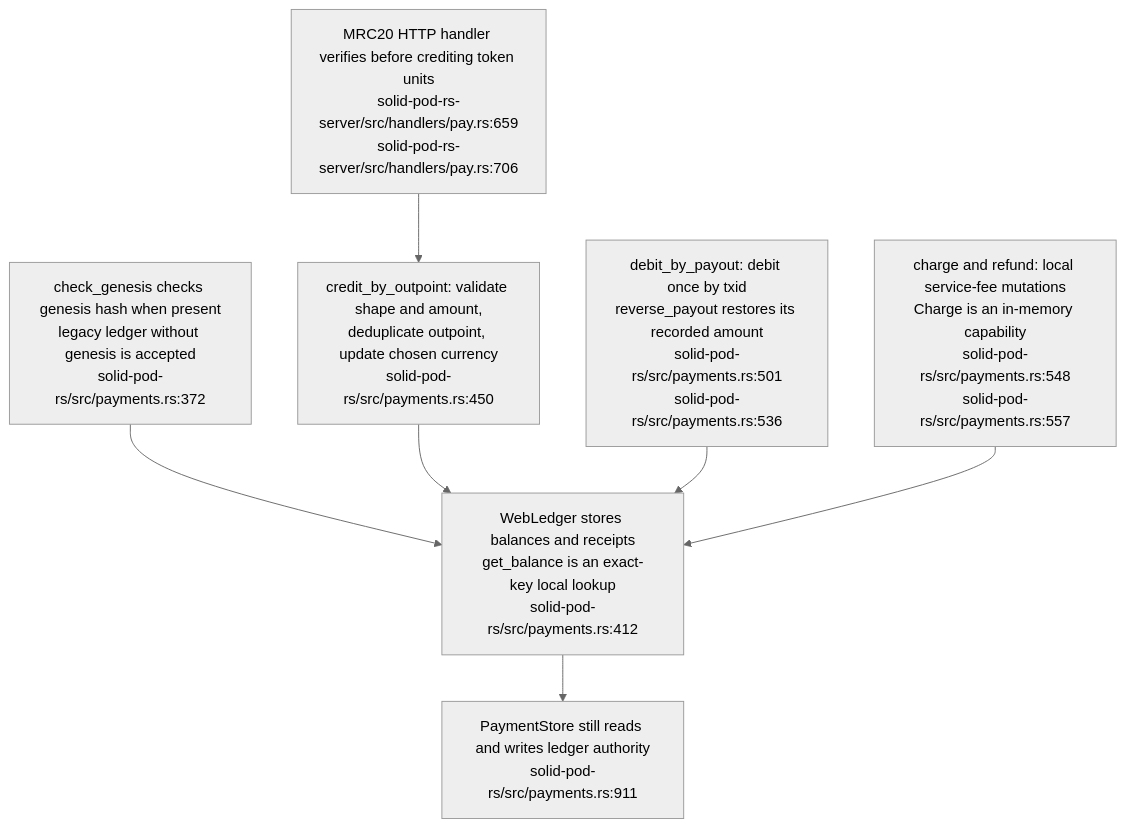
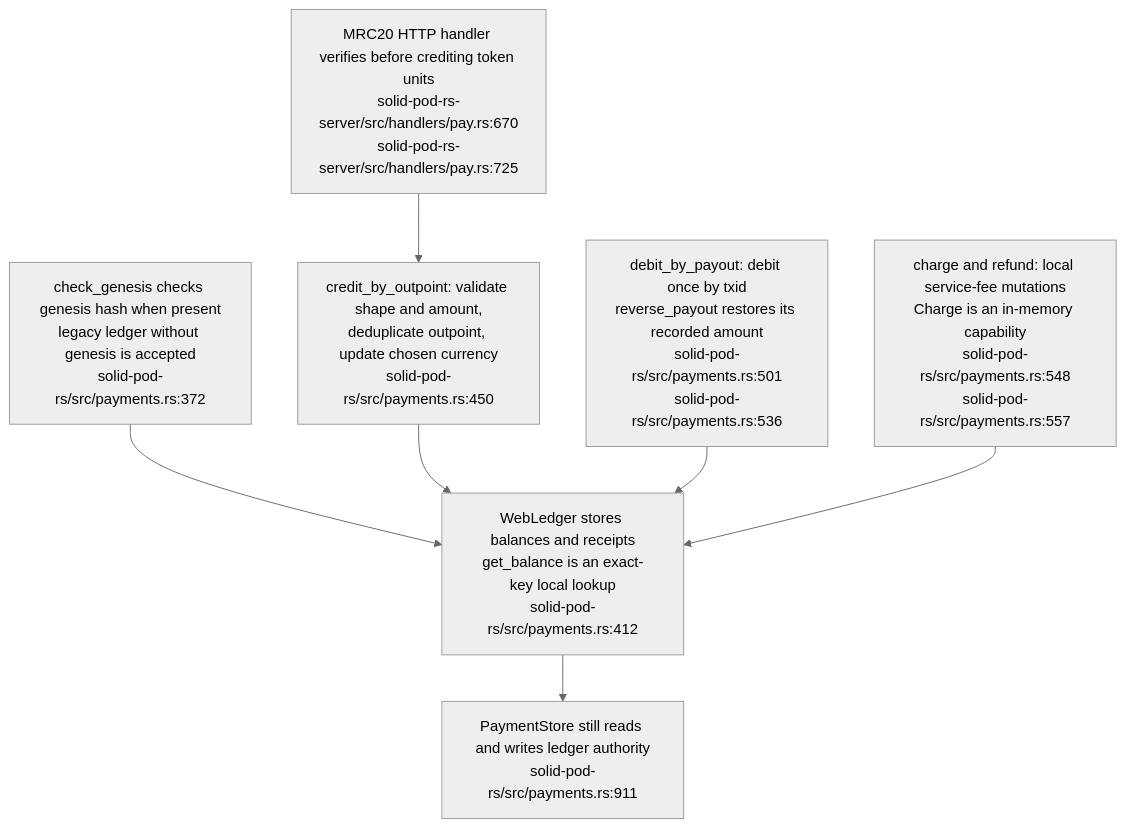
Before and after one commit to DreamLab-AI/VisionFlow: diagram 12 of 21 in docs/diagrams/solid-pod-rs/07-provenance-and-payments.md, drawn with Mermaid (neutral theme). The commit also changed other lines of this file and 18 other files, not shown here.

First line of the commit message:
docs(diagrams): freeze panels for fixed defects and add successors at the fix revisions

````diff
--- a/docs/diagrams/solid-pod-rs/07-provenance-and-payments.md
+++ b/docs/diagrams/solid-pod-rs/07-provenance-and-payments.md
@@ -350,15 +352,15 @@
 ```mermaid
 flowchart TD
     LEDGER["WebLedger stores balances and receipts<br/>get_balance is an exact-key local lookup<br/>solid-pod-rs/src/payments.rs:412"]
     ID["check_genesis checks genesis hash when present<br/>legacy ledger without genesis is accepted<br/>solid-pod-rs/src/payments.rs:372"]
     CREDIT["credit_by_outpoint: validate shape and amount,<br/>deduplicate outpoint, update chosen currency<br/>solid-pod-rs/src/payments.rs:450"]
     PAYOUT["debit_by_payout: debit once by txid<br/>reverse_payout restores its recorded amount<br/>solid-pod-rs/src/payments.rs:501<br/>solid-pod-rs/src/payments.rs:536"]
     CHARGE["charge and refund: local service-fee mutations<br/>Charge is an in-memory capability<br/>solid-pod-rs/src/payments.rs:548<br/>solid-pod-rs/src/payments.rs:557"]
     STORE["PaymentStore still reads and writes ledger authority<br/>solid-pod-rs/src/payments.rs:911"]
-    VERIFY["MRC20 HTTP handler verifies before crediting token units<br/>solid-pod-rs-server/src/handlers/pay.rs:659<br/>solid-pod-rs-server/src/handlers/pay.rs:706"]
+    VERIFY["MRC20 HTTP handler verifies before crediting token units<br/>solid-pod-rs-server/src/handlers/pay.rs:670<br/>solid-pod-rs-server/src/handlers/pay.rs:725"]
     ID --> LEDGER
     VERIFY --> CREDIT --> LEDGER
     PAYOUT --> LEDGER
     CHARGE --> LEDGER
     LEDGER --> STORE
 ```
````
